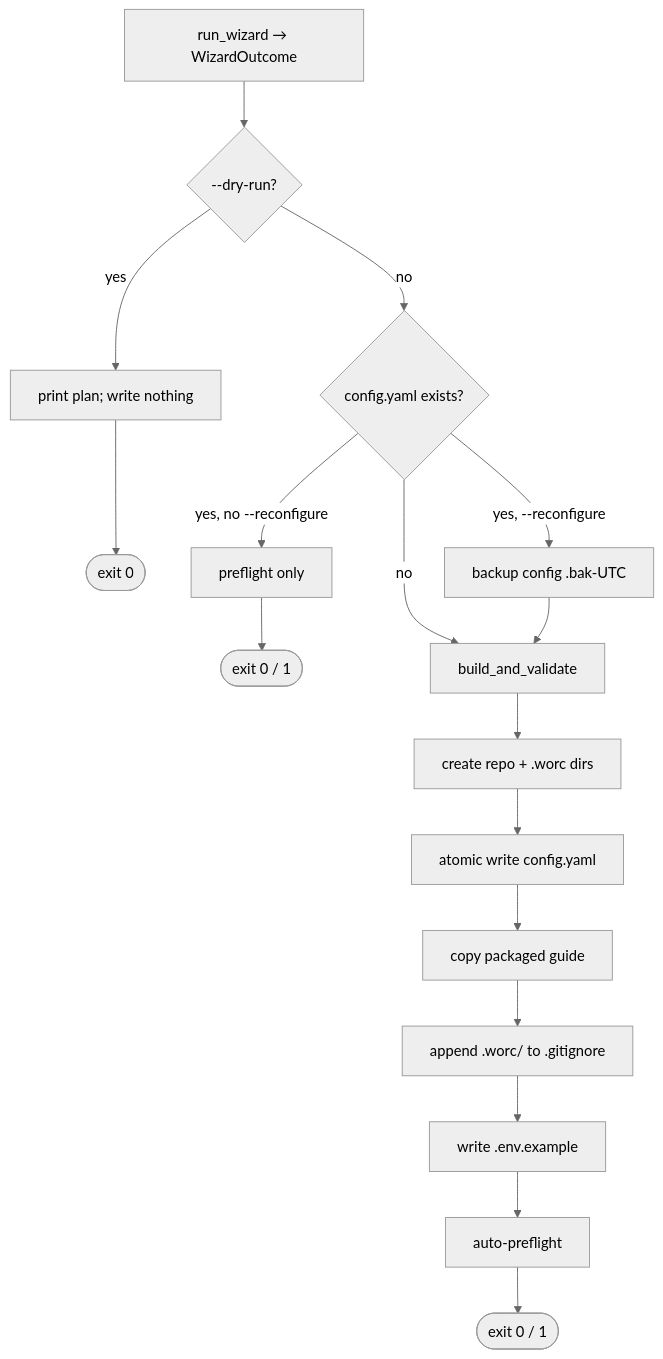
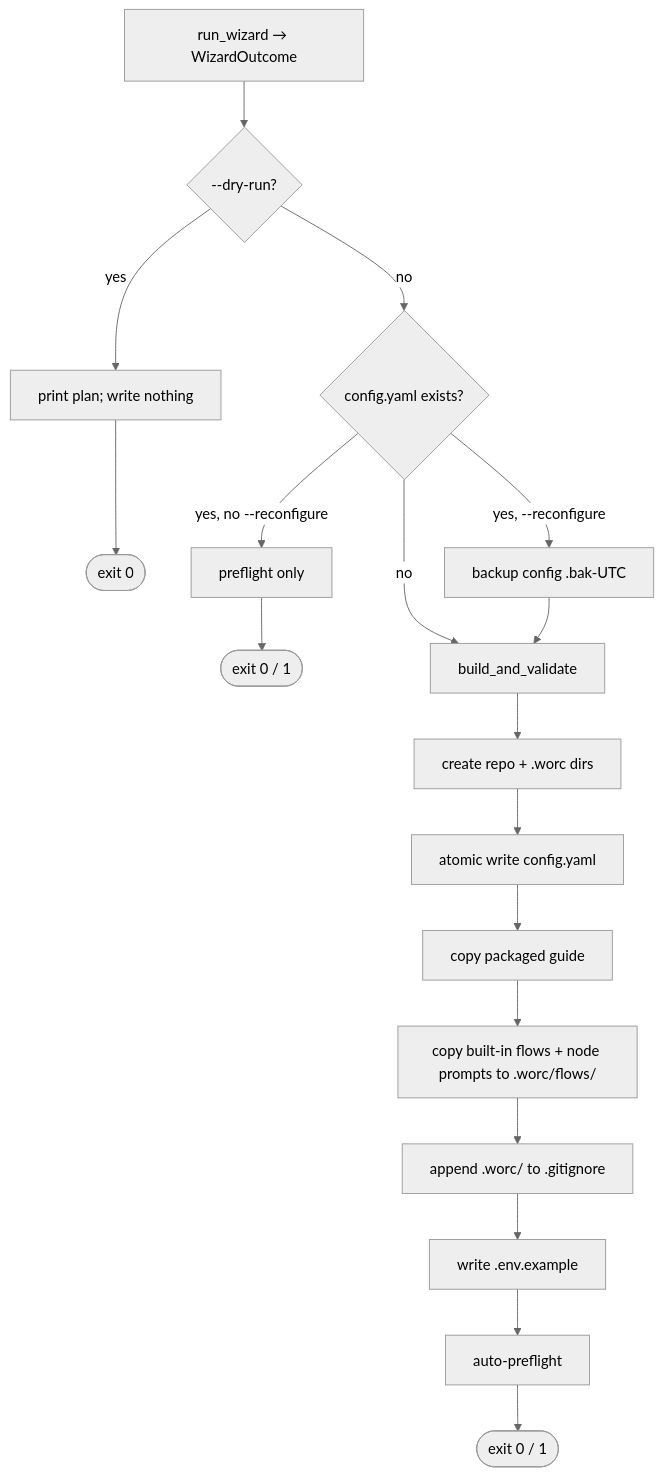
The diagram in docs/functional/blocks/B03-installer-and-scaffolding.md (VladimirMakarevich/wastech-orchestrator), drawn with Mermaid (neutral theme) before and after one commit. The commit also changed other lines of this file and 11 other files, not shown here.

First line of the commit message:
feat: enhance installation process to deliver editable built-in flows and role prompts

````diff
--- a/docs/functional/blocks/B03-installer-and-scaffolding.md
+++ b/docs/functional/blocks/B03-installer-and-scaffolding.md
@@ -56,17 +56,18 @@
 ```mermaid
 flowchart TD
   W[run_wizard → WizardOutcome] --> P{--dry-run?}
   P -- yes --> PLAN[print plan; write nothing] --> Z0([exit 0])
   P -- no --> E{config.yaml exists?}
   E -- "yes, no --reconfigure" --> PRE0[preflight only] --> ZP([exit 0 / 1])
   E -- "yes, --reconfigure" --> BAK[backup config .bak-UTC]
   E -- no --> BUILD
   BAK --> BUILD[build_and_validate]
   BUILD --> DIRS[create repo + .worc dirs]
   DIRS --> WRITE[atomic write config.yaml]
   WRITE --> GUIDE[copy packaged guide]
-  GUIDE --> GI[append .worc/ to .gitignore]
+  GUIDE --> FLOWS["copy built-in flows + node prompts to .worc/flows/"]
+  FLOWS --> GI[append .worc/ to .gitignore]
   GI --> ENV[write .env.example]
   ENV --> PRE[auto-preflight]
   PRE --> Z([exit 0 / 1])
 ```
````
